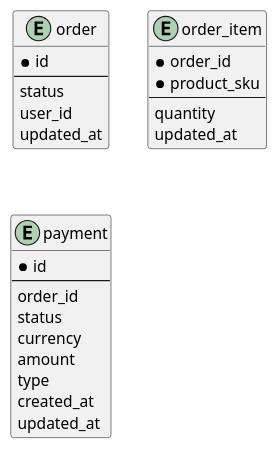
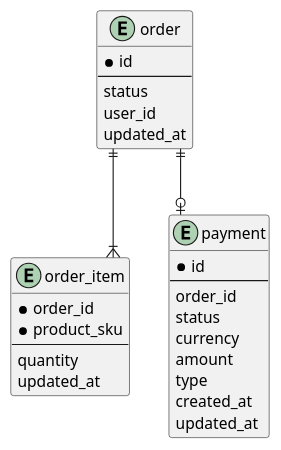
One commit to ylfyt/cdf changed the diagram in schema-order.puml. Above: the diagram before and after it, drawn with PlantUML. The commit also changed 11 other files, not shown here.

```diff
--- a/schema-order.puml
+++ b/schema-order.puml
@@ -1,34 +1,36 @@
 @startuml schema
 
 skinparam linetype ortho
 
 entity order {
   *id
   --
   status
   user_id
   updated_at
 }
 
 entity order_item {
   * order_id
   * product_sku
   --
   quantity
   updated_at
 }
 
 entity payment {
   *id
   --
   order_id
   status
   currency
   amount
   type
   created_at
   updated_at
 }
 
+order ||--|{ order_item
+order ||--o| payment
 
 @enduml
```
